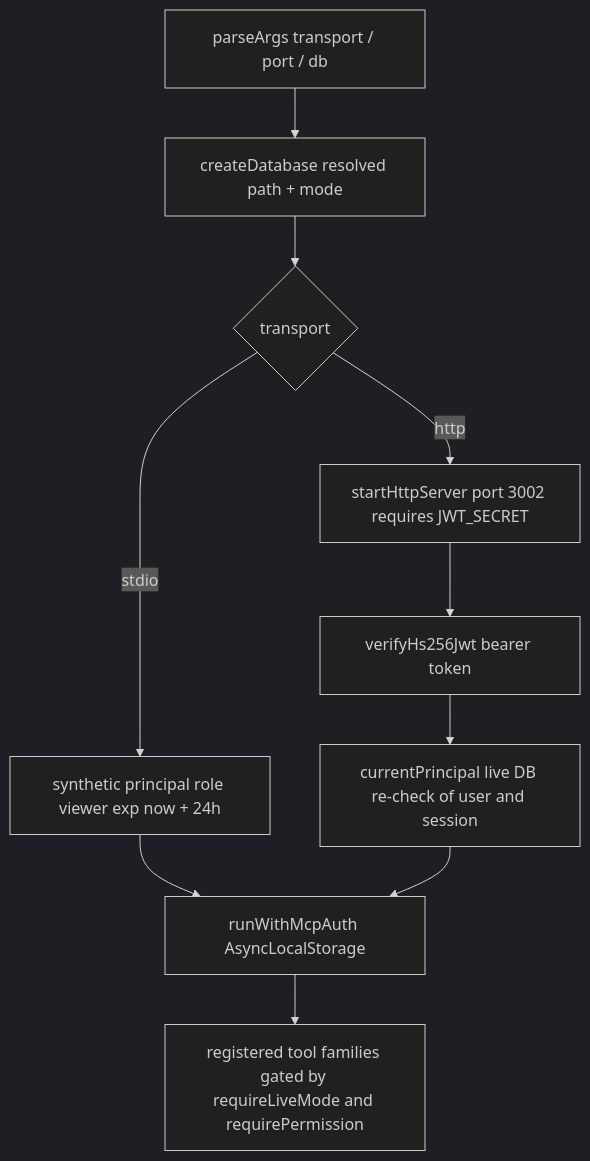
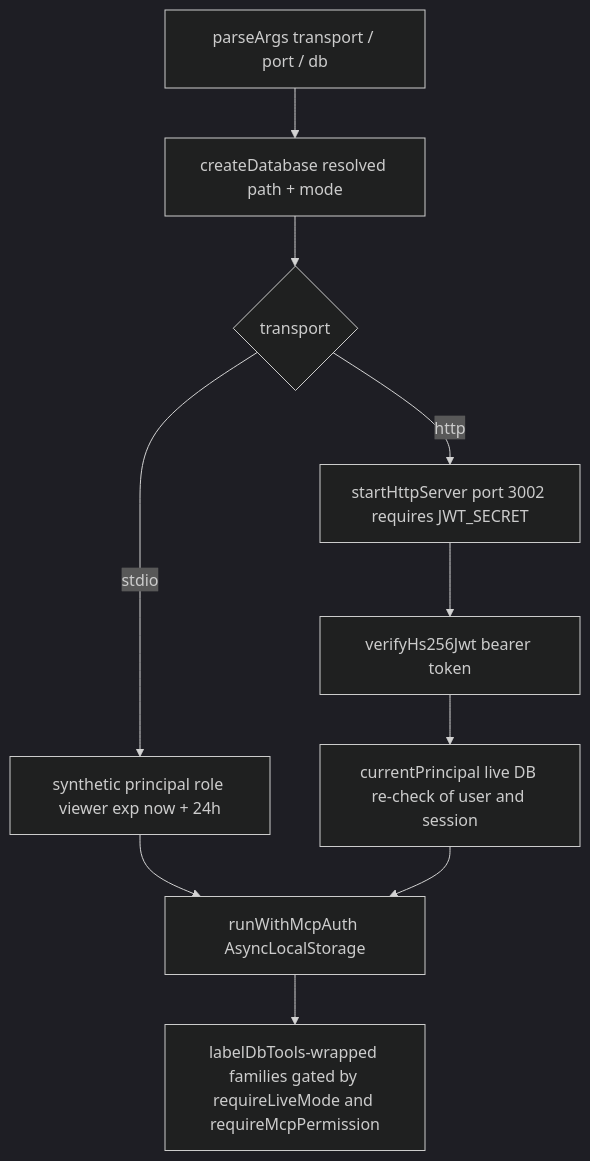
Before and after one commit to djimit/djimitflo: the diagram in openwiki/integrations/mcp-server.md, drawn with Mermaid (dark theme). The commit also changed other lines of this file and 45 other files, not shown here.

````diff
--- a/openwiki/integrations/mcp-server.md
+++ b/openwiki/integrations/mcp-server.md
@@ -86,12 +101,12 @@
 ```mermaid
 flowchart TD
   CLI["parseArgs transport / port / db"] --> OPEN["createDatabase resolved path + mode"]
   OPEN --> STDIO{"transport"}
   STDIO -->|stdio| SYNTH["synthetic principal role viewer exp now + 24h"]
   STDIO -->|http| HTTP["startHttpServer port 3002 requires JWT_SECRET"]
   HTTP --> JWT["verifyHs256Jwt bearer token"]
   JWT --> AUTHN["currentPrincipal live DB re-check of user and session"]
   SYNTH --> ALS["runWithMcpAuth AsyncLocalStorage"]
   AUTHN --> ALS
-  ALS --> TOOLS["registered tool families gated by requireLiveMode and requirePermission"]
+  ALS --> TOOLS["labelDbTools-wrapped families gated by requireLiveMode and requireMcpPermission"]
 ```
````
